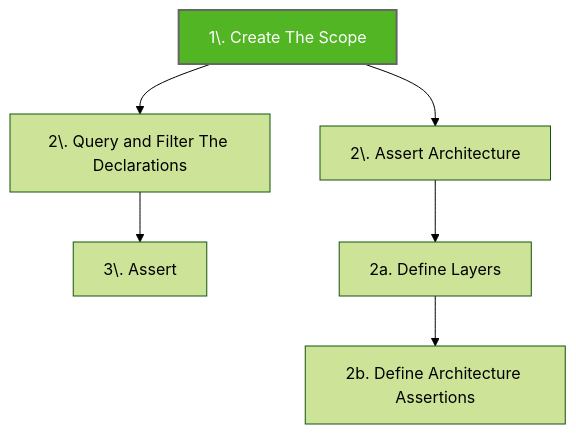
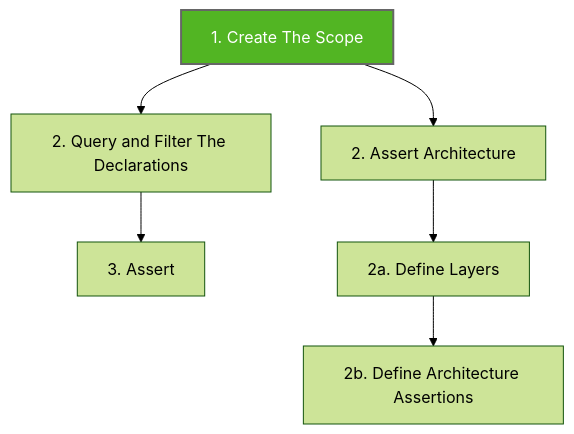
The diagram in getting-started/getting-started/README.md (LemonAppDev/konsist-documentation), drawn with Mermaid before and after one commit. The commit also changed 6 other files, not shown here.

First line of the commit message:
Remove escaped dots from numbered Mermaid labels (#135)

````diff
--- a/getting-started/getting-started/README.md
+++ b/getting-started/getting-started/README.md
@@ -13,12 +13,12 @@
 ```mermaid
 %%{init: {'theme':'forest'}}%%
 flowchart TB
-    Step1["1\. Create The Scope"]-->StepD2
-    Step1["1\. Create The Scope"]-->StepA2
-    StepD2["2\. Query and Filter The Declarations"]-->StepD3
-    StepD3["3\. Assert"]
-    StepA2["2\. Assert Architecture"]-->StepA3
+    Step1["1. Create The Scope"]-->StepD2
+    Step1["1. Create The Scope"]-->StepA2
+    StepD2["2. Query and Filter The Declarations"]-->StepD3
+    StepD3["3. Assert"]
+    StepA2["2. Assert Architecture"]-->StepA3
     StepA3["2a. Define Layers"]-->StepA4
     StepA4["2b. Define Architecture Assertions"]
     style Step1 fill:#52B523,stroke:#666,stroke-width:2px,color:#fff
 ```
````
